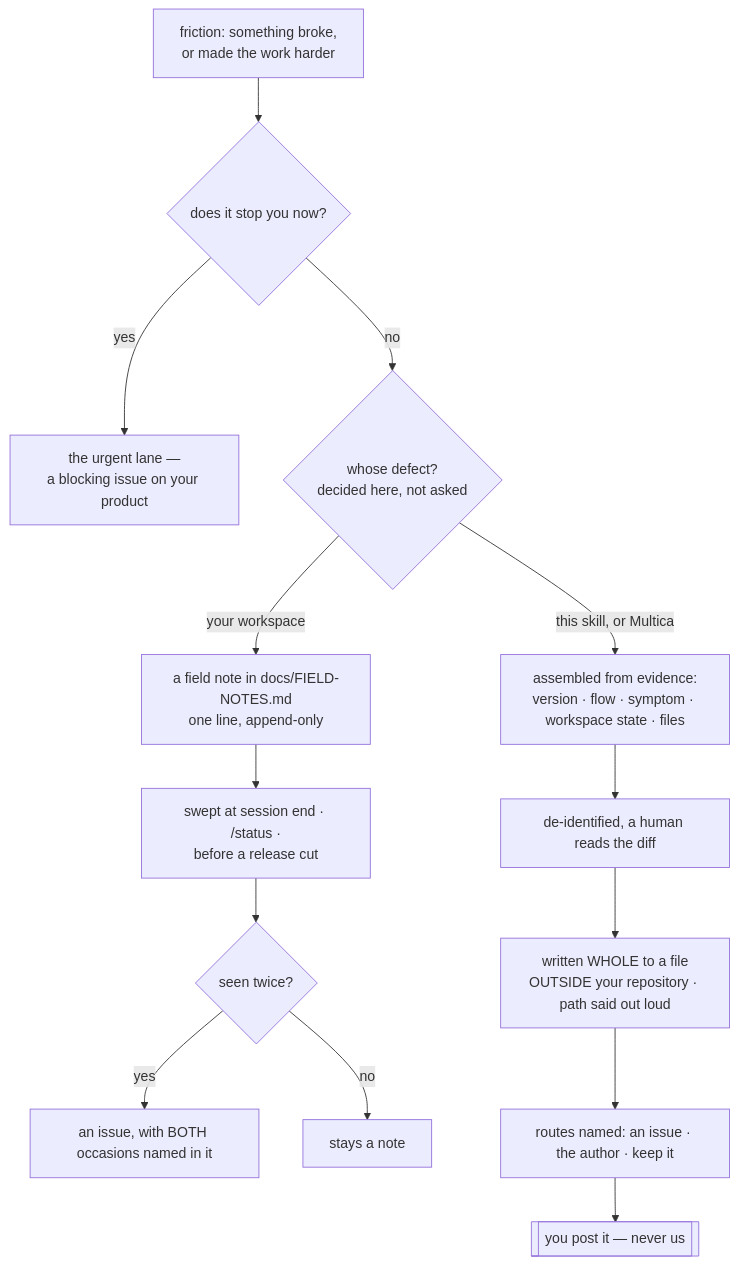
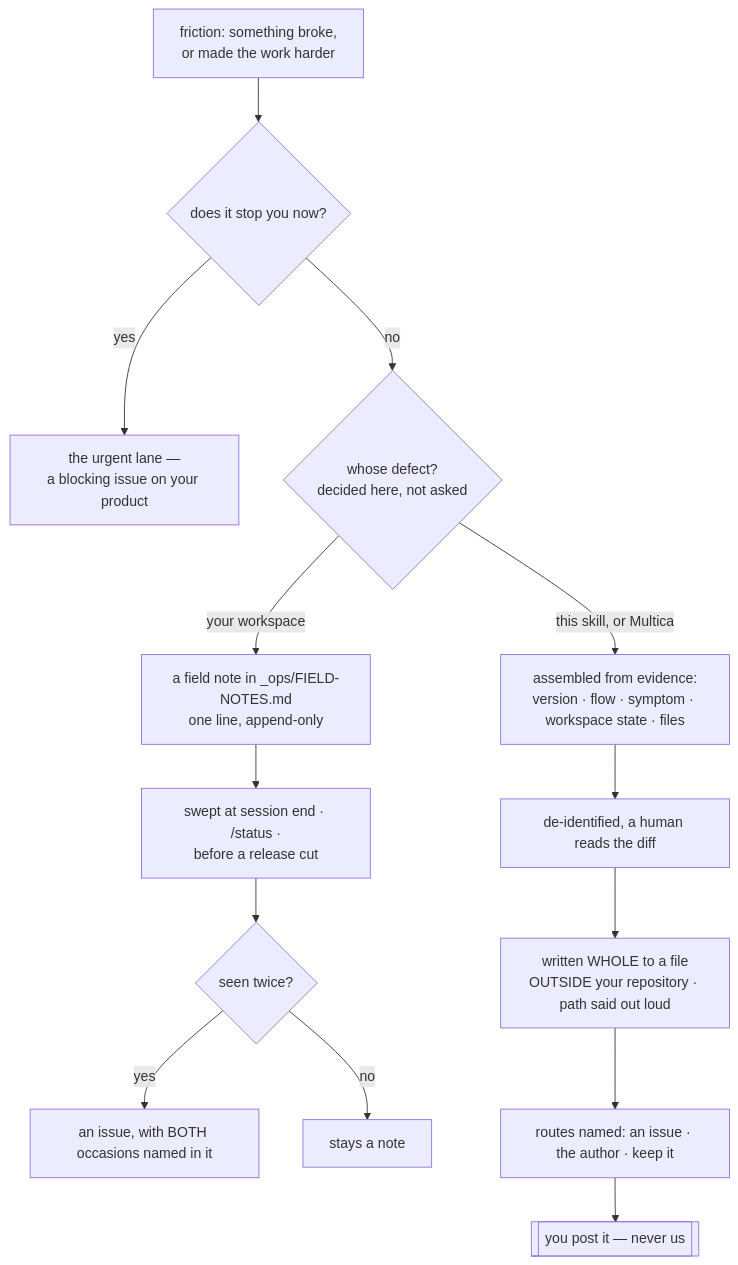
One commit to jamillazarev/multica-ops changed the eighth of 9 diagrams in WORKFLOW.md. Above: the diagram before and after it, drawn with Mermaid. The commit also changed other lines of this file and 108 other files, not shown here.

````diff
--- a/WORKFLOW.md
+++ b/WORKFLOW.md
@@ -161,16 +161,16 @@
 ```mermaid
 flowchart TD
     F["friction: something broke,<br/>or made the work harder"] --> Q{"does it stop you now?"}
     Q -->|"yes"| B["the urgent lane —<br/>a blocking issue on your product"]
     Q -->|"no"| W{"whose defect?<br/>decided here, not asked"}
-    W -->|"your workspace"| N["a field note in docs/FIELD-NOTES.md<br/>one line, append-only"]
+    W -->|"your workspace"| N["a field note in _ops/FIELD-NOTES.md<br/>one line, append-only"]
     N --> S["swept at session end · /status ·<br/>before a release cut"]
     S --> T{"seen twice?"}
     T -->|"yes"| ISSUE["an issue, with BOTH occasions named in it"]
     T -->|"no"| KEEP["stays a note"]
     W -->|"this skill, or Multica"| P["assembled from evidence:<br/>version · flow · symptom · workspace state · files"]
     P --> D["de-identified, a human reads the diff"]
     D --> FILE["written WHOLE to a file<br/>OUTSIDE your repository · path said out loud"]
     FILE --> R["routes named: an issue · the author · keep it"]
     R --> YOU[["you post it — never us"]]
 ```
````
